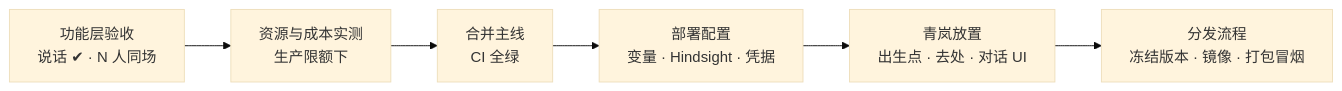
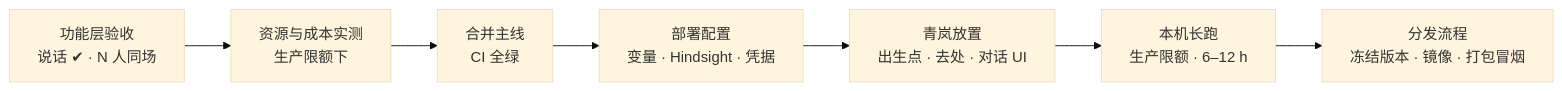
One commit to dyzdyz010/ex_mmo_cluster changed the diagram in docs/10-active/cross-cutting/2026-11-18-npc-scale-and-qinglan-entry-decision.md. Above: the diagram before and after it, drawn with Mermaid (base theme). The commit also changed other lines of this file and 1 other file, not shown here.

Commit message:
NPC 进青岚：E6 已快进合并 master；记下 E7 用户决定与新增 E8b 本机长跑

````diff
--- a/docs/10-active/cross-cutting/2026-11-18-npc-scale-and-qinglan-entry-decision.md
+++ b/docs/10-active/cross-cutting/2026-11-18-npc-scale-and-qinglan-entry-decision.md
@@ -51,8 +51,9 @@
 ```mermaid
 flowchart LR
   A[功能层验收<br/>说话 ✔ · N 人同场] --> B[资源与成本实测<br/>生产限额下]
   B --> C[合并主线<br/>CI 全绿]
   C --> D[部署配置<br/>变量 · Hindsight · 凭据]
   D --> E[青岚放置<br/>出生点 · 去处 · 对话 UI]
-  E --> F[分发流程<br/>冻结版本 · 镜像 · 打包冒烟]
+  E --> L[本机长跑<br/>生产限额 · 6–12 h]
+  L --> F[分发流程<br/>冻结版本 · 镜像 · 打包冒烟]
 ```
````
